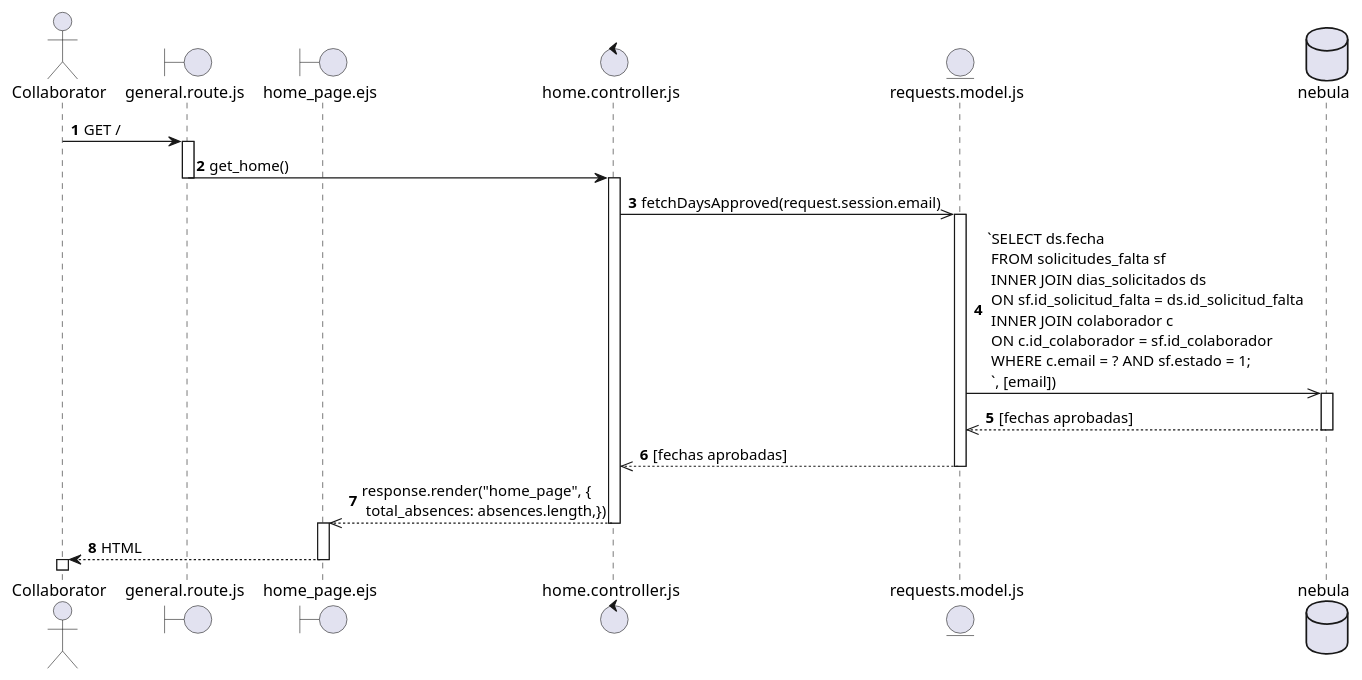
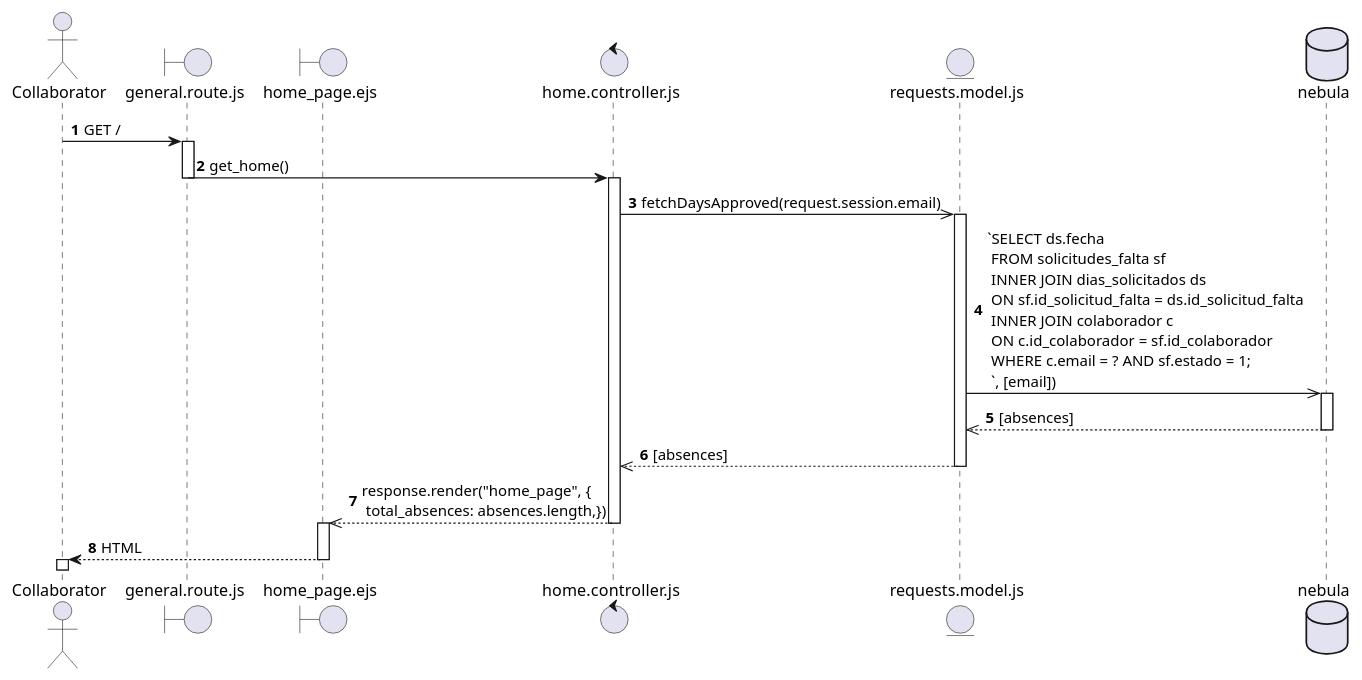
Before and after one commit to SALV19/Nebula_tc2005b: the diagram in diagramas_secuencia/req_20.puml, drawn with PlantUML.

Commit message:
[FIX] REQ 20 Diagrama secuencia

```diff
--- a/diagramas_secuencia/req_20.puml
+++ b/diagramas_secuencia/req_20.puml
@@ -1,30 +1,30 @@
 @startuml Diseño_Ausencias 
 autonumber 
 actor Collaborator 
 boundary general.route.js as gRoutes 
 boundary home_page.ejs as homeView 
 control home.controller.js as homeController 
 entity requests.model.js as requestsModel 
 database nebula as DB 
 
 Collaborator -> gRoutes : GET / 
 
 activate gRoutes 
 gRoutes -> homeController : get_home() 
 deactivate gRoutes 
 activate homeController 
 homeController ->> requestsModel : fetchDaysApproved(request.session.email) 
 activate requestsModel 
 requestsModel ->> DB : `SELECT ds.fecha \n FROM solicitudes_falta sf \n INNER JOIN dias_solicitados ds \n ON sf.id_solicitud_falta = ds.id_solicitud_falta \n INNER JOIN colaborador c \n ON c.id_colaborador = sf.id_colaborador \n WHERE c.email = ? AND sf.estado = 1; \n `, [email]) 
 activate DB 
-DB -->> requestsModel : [fechas aprobadas] 
+DB -->> requestsModel : [absences] 
 deactivate DB 
-requestsModel -->> homeController : [fechas aprobadas] 
+requestsModel -->> homeController : [absences] 
 deactivate requestsModel 
 homeController -->> homeView :  response.render("home_page", { \n total_absences: absences.length,}) 
 deactivate homeController 
 activate homeView 
 homeView --> Collaborator : HTML 
 deactivate homeView 
 activate Collaborator 
 @enduml
```
